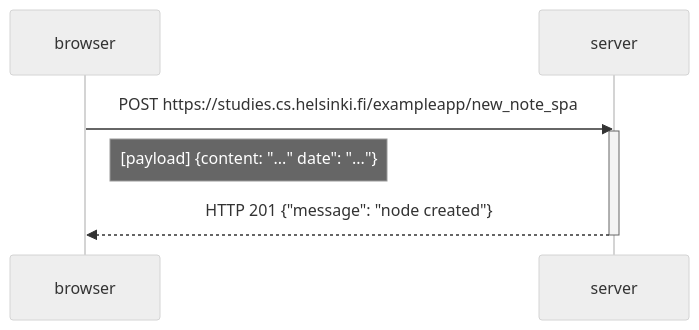
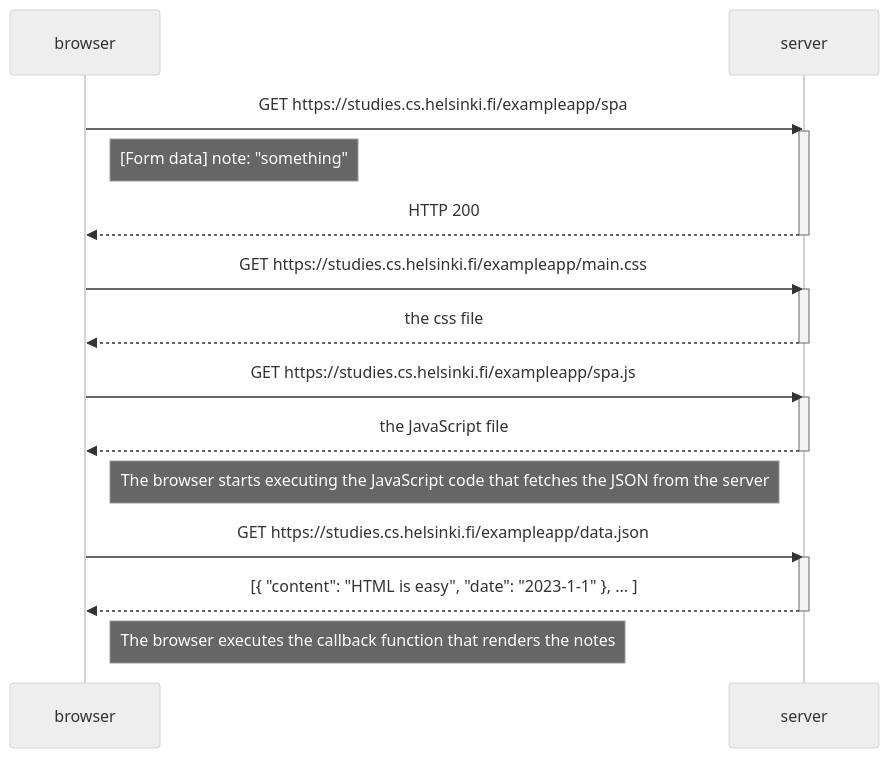
The diagram in ex0_5.md (munteanua-nj/full-stack-open-mooc), drawn with Mermaid (neutral theme) before and after one commit.

Commit message:
Update ex0_5.md
Updated the diagram to a diagram depicting the situation where the user goes to the single-page app version of the notes app.

````diff
--- a/ex0_5.md
+++ b/ex0_5.md
@@ -1,11 +1,30 @@
 ```mermaid
 sequenceDiagram
     participant browser
     participant server
 
-    browser->>server: POST https://studies.cs.helsinki.fi/exampleapp/new_note_spa
+    browser->>server: GET https://studies.cs.helsinki.fi/exampleapp/spa
     activate server
-    Note right of browser: [payload] {content: "..." date": "..."}
-    server-->>browser: HTTP 201 {"message": "node created"}
+    Note right of browser: [Form data] note: "something"
+    server-->>browser: HTTP 200
     deactivate server
+
+    browser->>server: GET https://studies.cs.helsinki.fi/exampleapp/main.css
+    activate server
+    server-->>browser: the css file
+    deactivate server
+
+    browser->>server: GET https://studies.cs.helsinki.fi/exampleapp/spa.js
+    activate server
+    server-->>browser: the JavaScript file
+    deactivate server
+
+    Note right of browser: The browser starts executing the JavaScript code that fetches the JSON from the server
+
+    browser->>server: GET https://studies.cs.helsinki.fi/exampleapp/data.json
+    activate server
+    server-->>browser: [{ "content": "HTML is easy", "date": "2023-1-1" }, ... ]
+    deactivate server
+
+    Note right of browser: The browser executes the callback function that renders the notes
 ```
````
